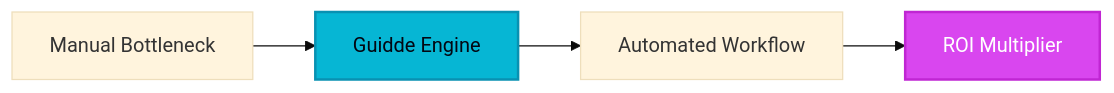
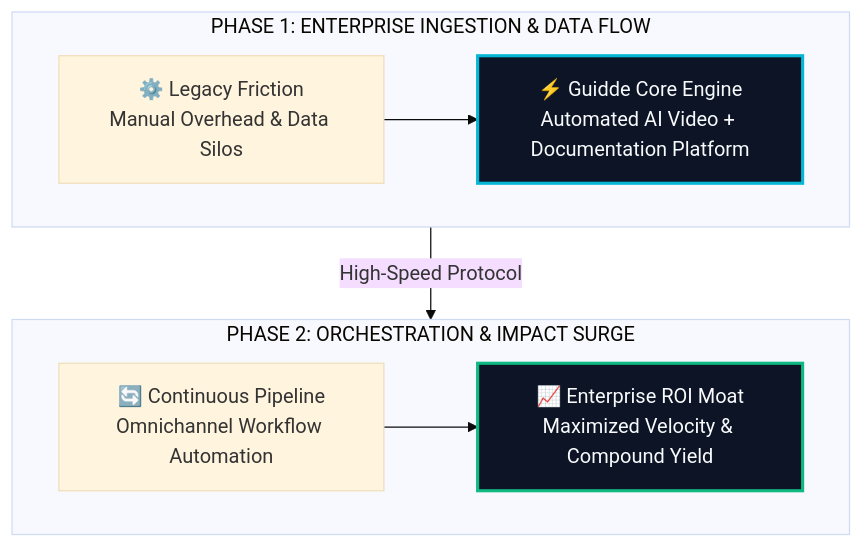
The diagram in site/src/content/blog/guidde-evolution-guide-2026.md (heliatech-media/saas-radar), drawn with Mermaid (base theme) before and after one commit. The commit also changed 97 other files, not shown here.

First line of the commit message:
feat(diagrams): upgrade all article architecture schemas to high-impact 2-tier responsive vector blueprints

````diff
--- a/site/src/content/blog/guidde-evolution-guide-2026.md
+++ b/site/src/content/blog/guidde-evolution-guide-2026.md
@@ -50,8 +50,14 @@
 ```mermaid
-flowchart LR
-    A[Manual Bottleneck] --> B[Guidde Engine]
-    B --> C[Automated Workflow]
-    C --> D[ROI Multiplier]
-    style B fill:#06b6d4,stroke:#0891b2,stroke-width:2px,color:#030712
-    style D fill:#d946ef,stroke:#c026d3,stroke-width:2px,color:#ffffff
+flowchart TD
+    subgraph S1["PHASE 1: ENTERPRISE INGESTION & DATA FLOW"]
+        direction LR
+        A["⚙️ Legacy Friction<br/>Manual Overhead & Data Silos"] --> B["⚡ Guidde Core Engine<br/>Automated AI Video + Documentation Platform"]
+    end
+    subgraph S2["PHASE 2: ORCHESTRATION & IMPACT SURGE"]
+        direction LR
+        C["🔄 Continuous Pipeline<br/>Omnichannel Workflow Automation"] --> D["📈 Enterprise ROI Moat<br/>Maximized Velocity & Compound Yield"]
+    end
+    S1 -->|High-Speed Protocol| S2
+    style B fill:#0c1425,stroke:#06b6d4,stroke-width:2.5px,color:#f8fafc
+    style D fill:#0c1425,stroke:#10b981,stroke-width:2.5px,color:#f8fafc
 ```
````
